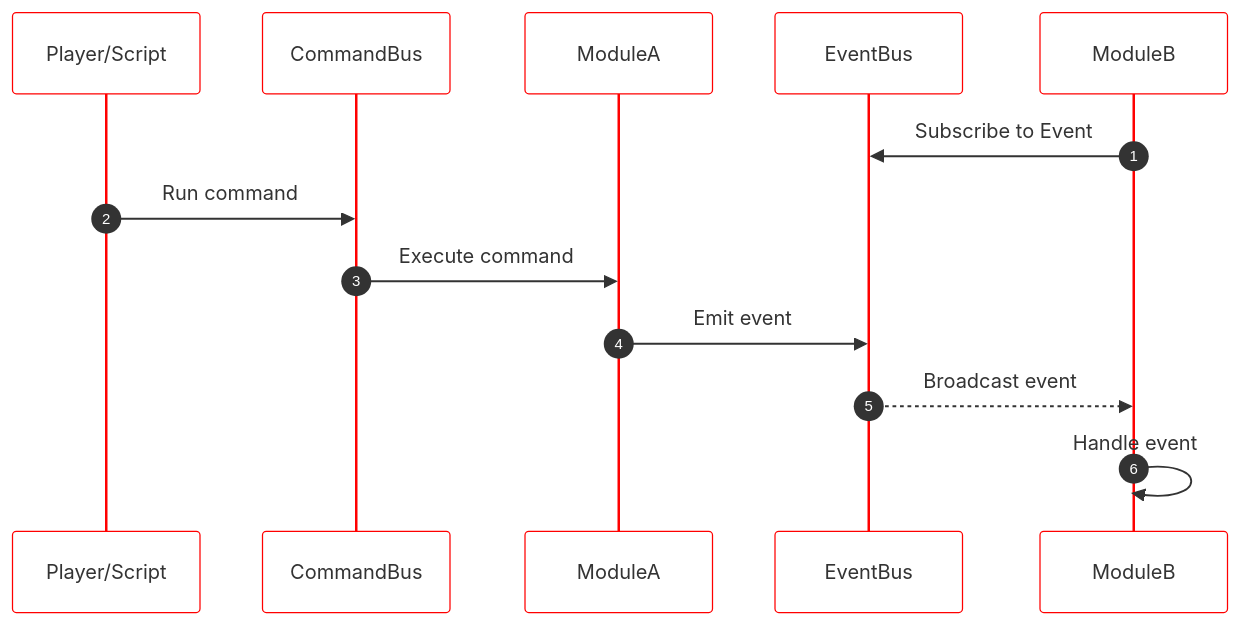
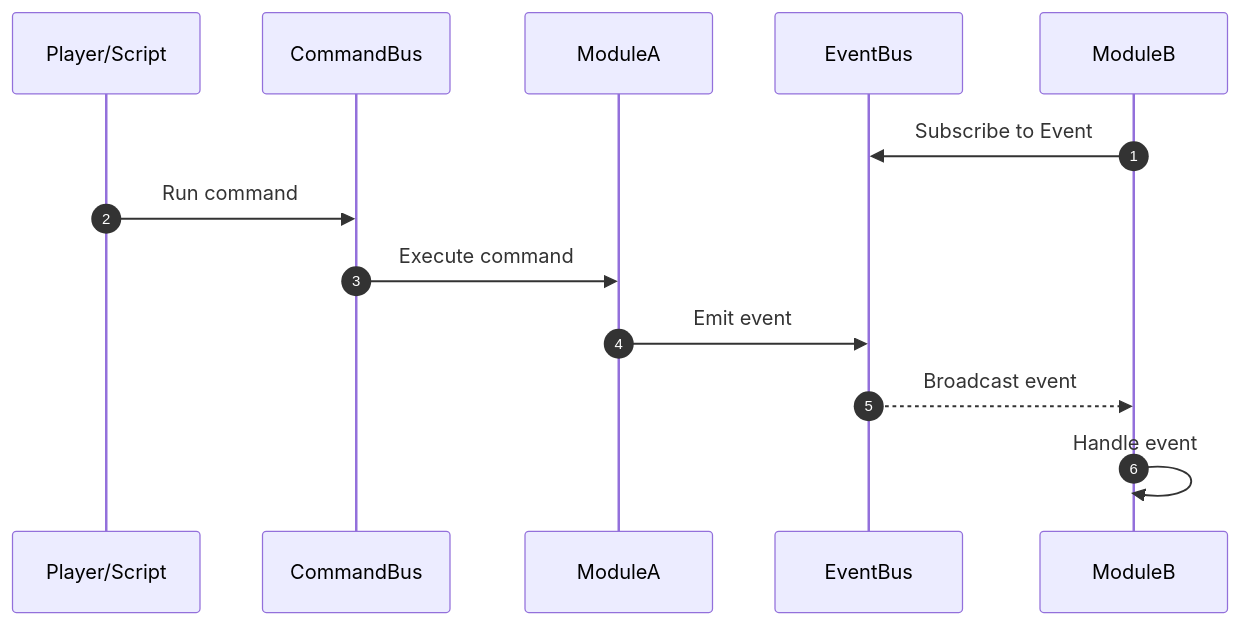
The third of 3 diagrams in docs/Framework/Developer/GettingStarted/ArchitectureOverview.md (lukejamesmorrison/mother-docs), drawn with Mermaid before and after one commit. The commit also changed other lines of this file and 17 other files, not shown here.

````diff
--- a/docs/Framework/Developer/GettingStarted/ArchitectureOverview.md
+++ b/docs/Framework/Developer/GettingStarted/ArchitectureOverview.md
@@ -189,34 +166,23 @@
 ```mermaid
 %%{
   init: {
     'theme': 'base',
-    'themeVariables': {
-        'primaryColor': '#BB2528',
-        'primaryBorderColor': 'red',
-        'mainBkg': 'white',
-        'nodeBorder': 'red',
-        'lineColor': 'black',
-        'secondaryColor': 'white',
-        'secondaryBorderColor': 'black',
-        'tertiaryColor': '#F2F2F2',
-        'tertiaryBorderColor': 'black'
-    }
   }
 }%%
 
 sequenceDiagram
     autonumber
     participant Player/Script
     participant CommandBus
     participant ModuleA
     participant EventBus
     participant ModuleB
 
     ModuleB->>EventBus: Subscribe to Event
 
     Player/Script->>CommandBus: Run command
     CommandBus->>ModuleA: Execute command
     ModuleA->>EventBus: Emit event
     EventBus-->>ModuleB: Broadcast event
     ModuleB->>ModuleB: Handle event
 ```
````
